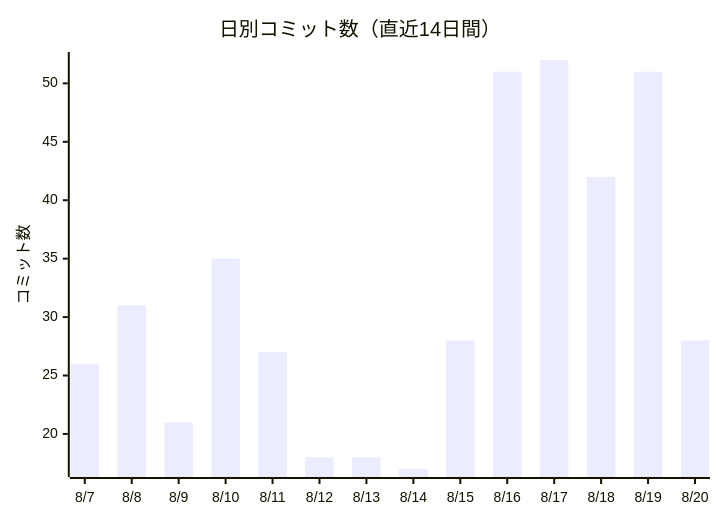
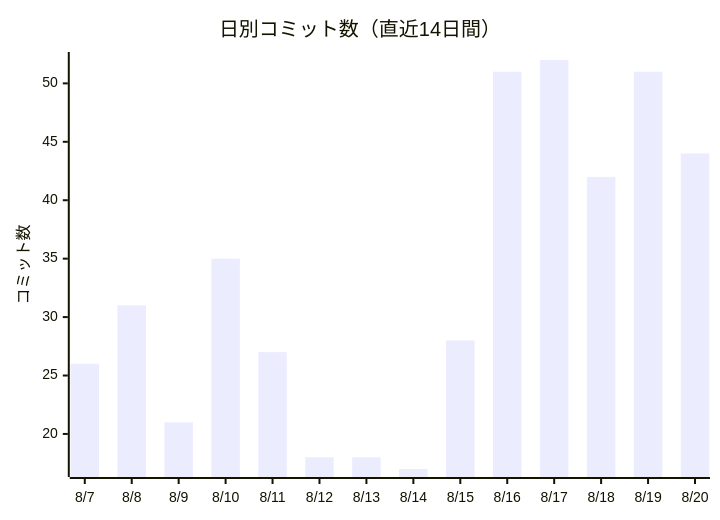
One commit to non-x2/non-x2 changed the first of 2 diagrams in docs/進化レポート.md. Above: the diagram before and after it, drawn with Mermaid. The commit also changed other lines of this file and 2 other files, not shown here.

````diff
--- a/docs/進化レポート.md
+++ b/docs/進化レポート.md
@@ -23,7 +23,7 @@
 ```mermaid
 xychart-beta
     title "日別コミット数（直近14日間）"
     x-axis ["8/7", "8/8", "8/9", "8/10", "8/11", "8/12", "8/13", "8/14", "8/15", "8/16", "8/17", "8/18", "8/19", "8/20"]
     y-axis "コミット数"
-    bar [26, 31, 21, 35, 27, 18, 18, 17, 28, 51, 52, 42, 51, 28]
+    bar [26, 31, 21, 35, 27, 18, 18, 17, 28, 51, 52, 42, 51, 44]
 ```
````
